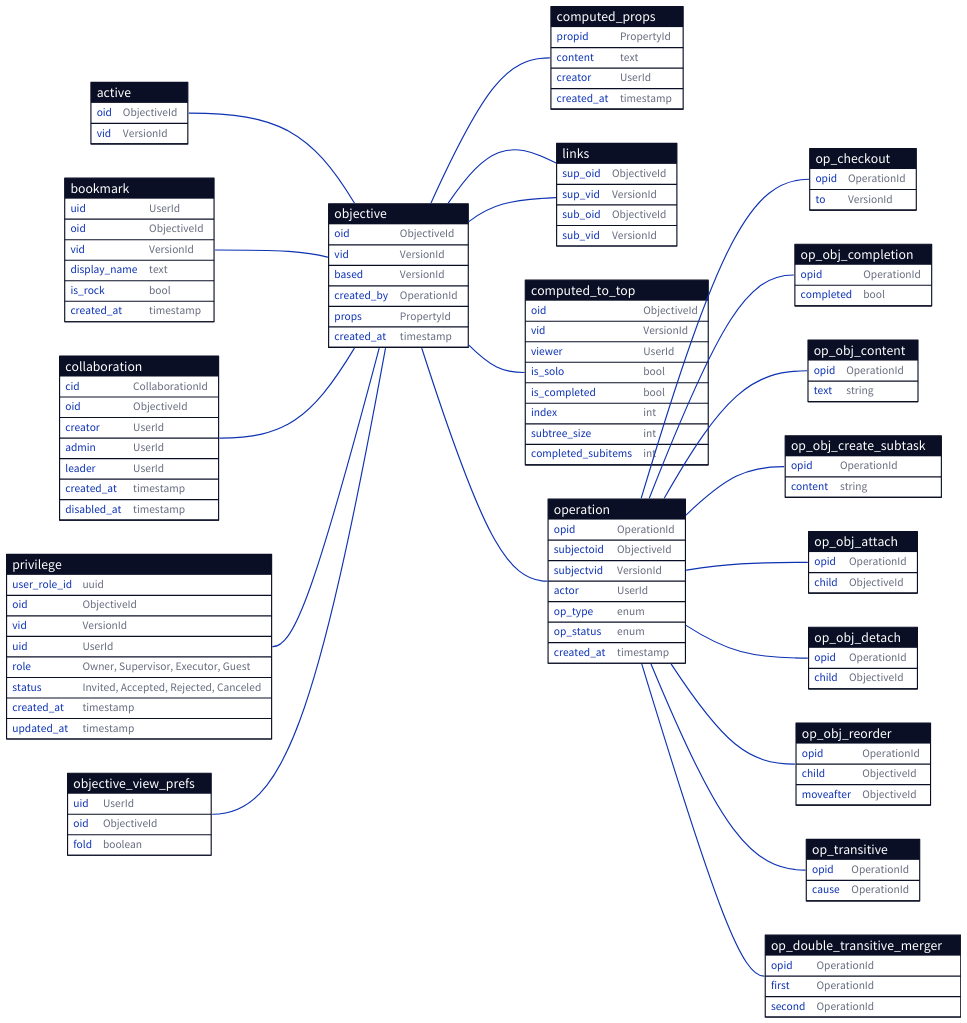
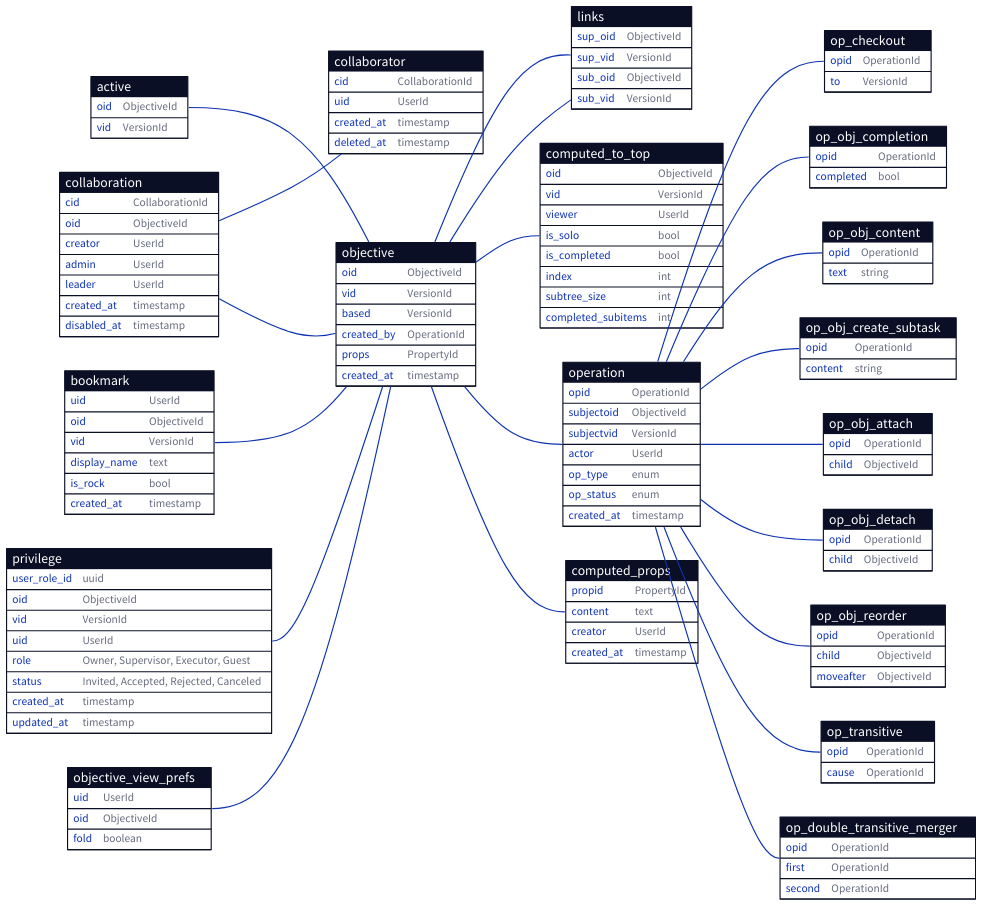
One commit to ufukty/logbook changed the diagram in docs/database/simplified.d2. Above: the diagram before and after it, drawn with D2. The commit also changed 1 other file, not shown here.

Commit message:
app/docs/database/simplified: adds `collaborator` table

```diff
--- a/docs/database/simplified.d2
+++ b/docs/database/simplified.d2
@@ -28,6 +28,16 @@
 
   created_at: timestamp
   disabled_at: timestamp
+}
+
+collaborator: {
+  shape: sql_table
+
+  cid: CollaborationId
+  uid: UserId
+
+  created_at: timestamp
+  deleted_at: timestamp
 }
 
 privilege: {
@@ -190,6 +200,7 @@
 bookmark.oid -- objective.oid
 # bookmark.vid -- objective.vid
 
+collaboration.cid -- collaborator.cid
 collaboration.oid -- objective.oid
 
 # Any task with custom privilege hand.can have owner/viewers/executors
```
